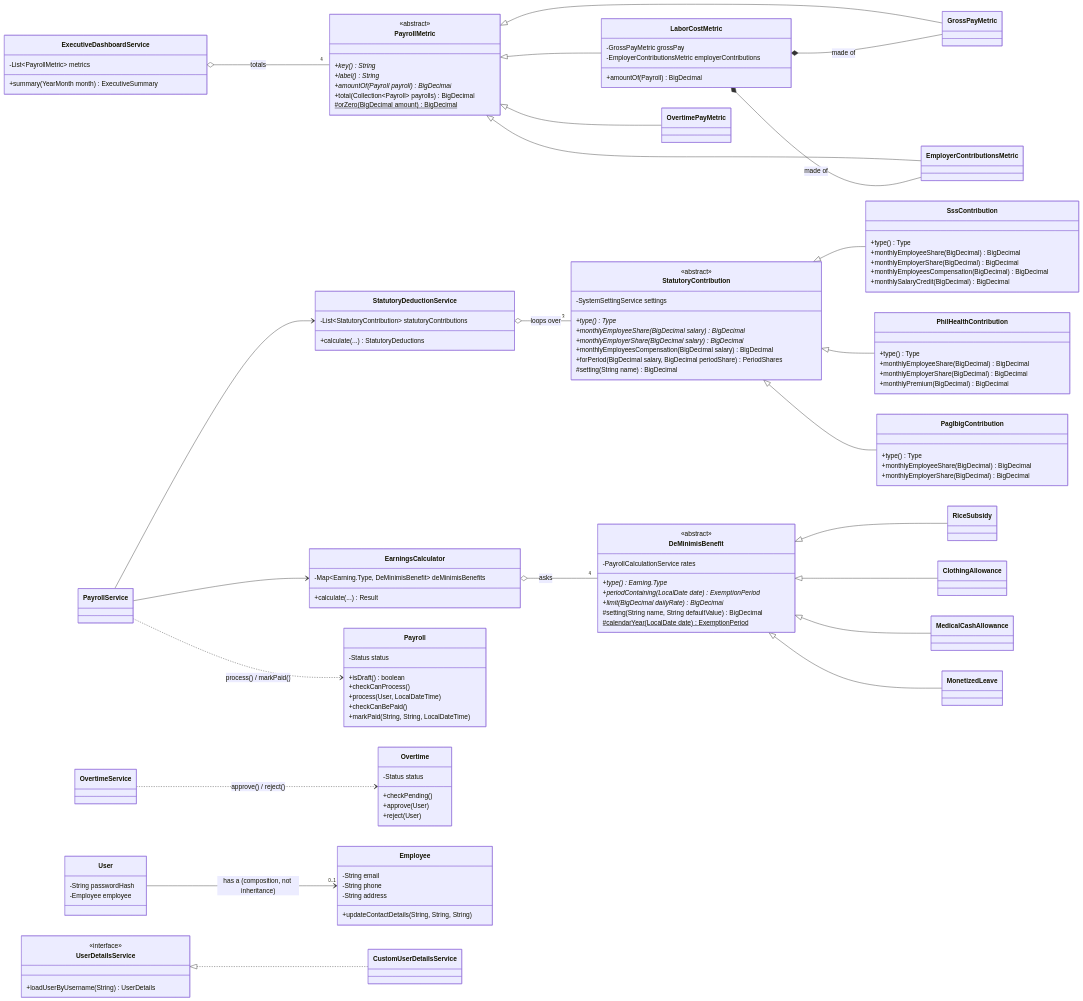
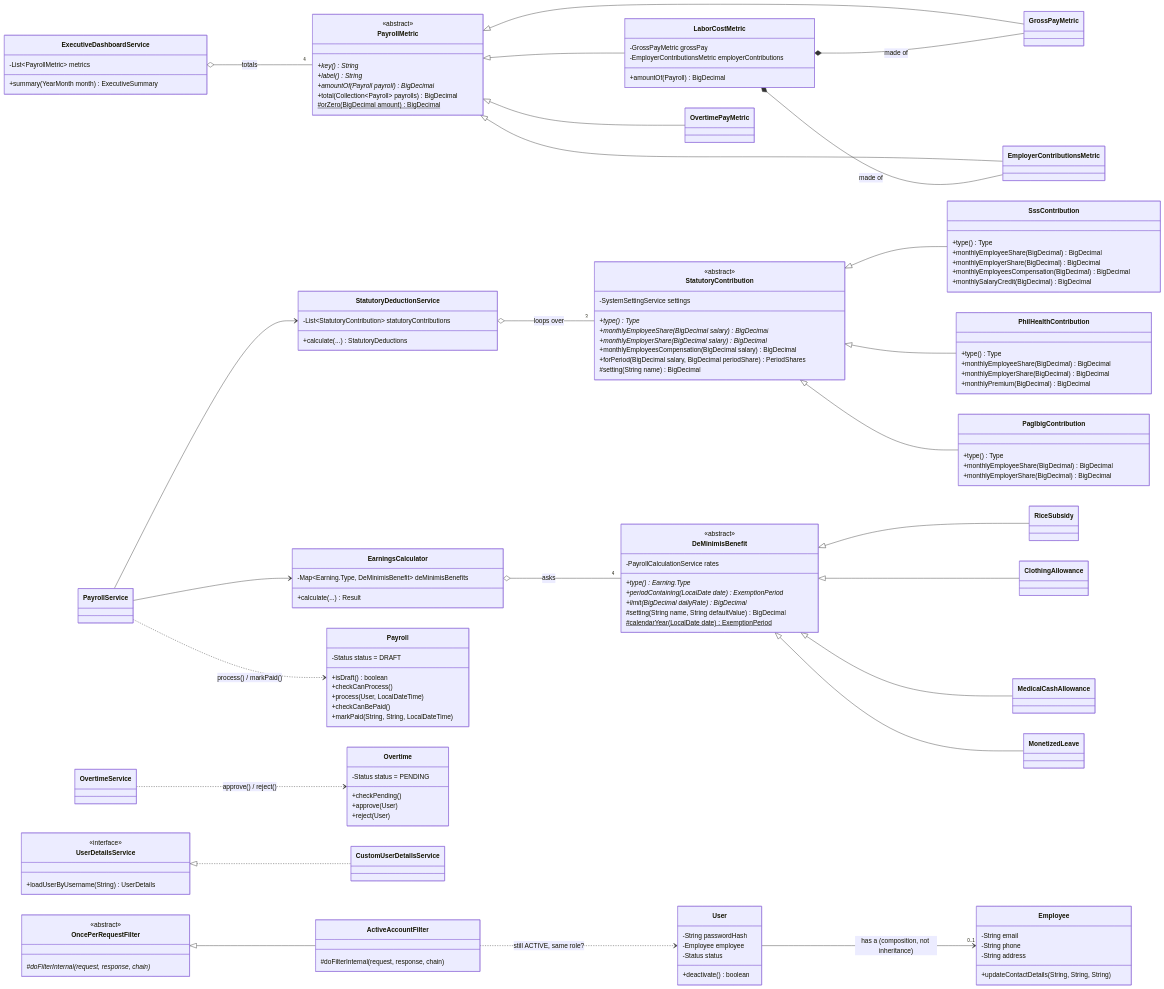
One commit to ArtXenos/Employger changed the diagram in docs/OOP_CONCEPTS.md. Above: the diagram before and after it, drawn with Mermaid. The commit also changed other lines of this file and 21 other files, not shown here.

````diff
--- a/docs/OOP_CONCEPTS.md
+++ b/docs/OOP_CONCEPTS.md
@@ -424,7 +447,7 @@
     PayrollService ..> Payroll : process() / markPaid()
 
     class Payroll {
-        -Status status
+        -Status status = DRAFT
         +isDraft() boolean
         +checkCanProcess()
         +process(User, LocalDateTime)
@@ -432,7 +455,7 @@
         +markPaid(String, String, LocalDateTime)
     }
     class Overtime {
-        -Status status
+        -Status status = PENDING
         +checkPending()
         +approve(User)
         +reject(User)
@@ -443,6 +466,8 @@
     class User {
         -String passwordHash
         -Employee employee
+        -Status status
+        +deactivate() boolean
     }
     class Employee {
         -String email
@@ -458,4 +483,14 @@
     }
     class CustomUserDetailsService
     UserDetailsService <|.. CustomUserDetailsService
+
+    class OncePerRequestFilter {
+        <<abstract>>
+        #doFilterInternal(request, response, chain)*
+    }
+    class ActiveAccountFilter {
+        #doFilterInternal(request, response, chain)
+    }
+    OncePerRequestFilter <|-- ActiveAccountFilter
+    ActiveAccountFilter ..> User : still ACTIVE, same role?
 ```
````
